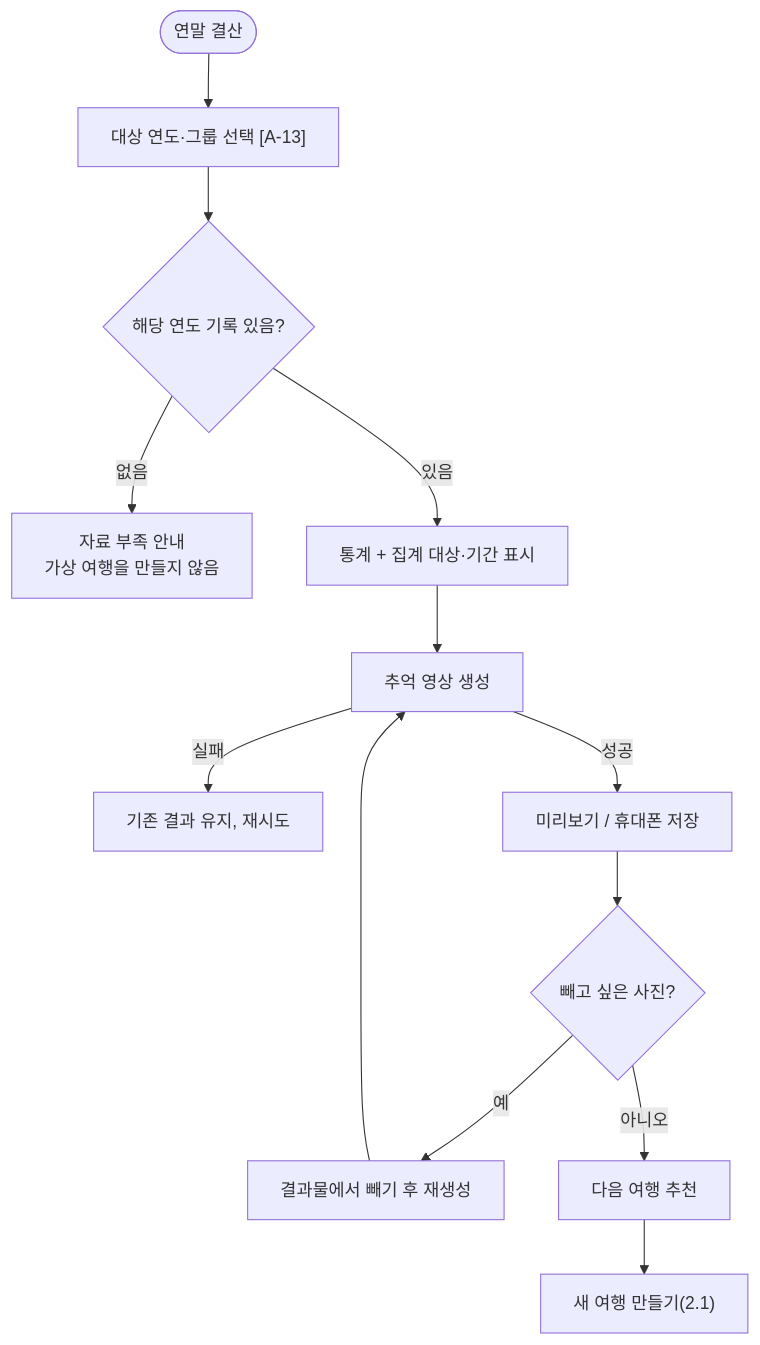
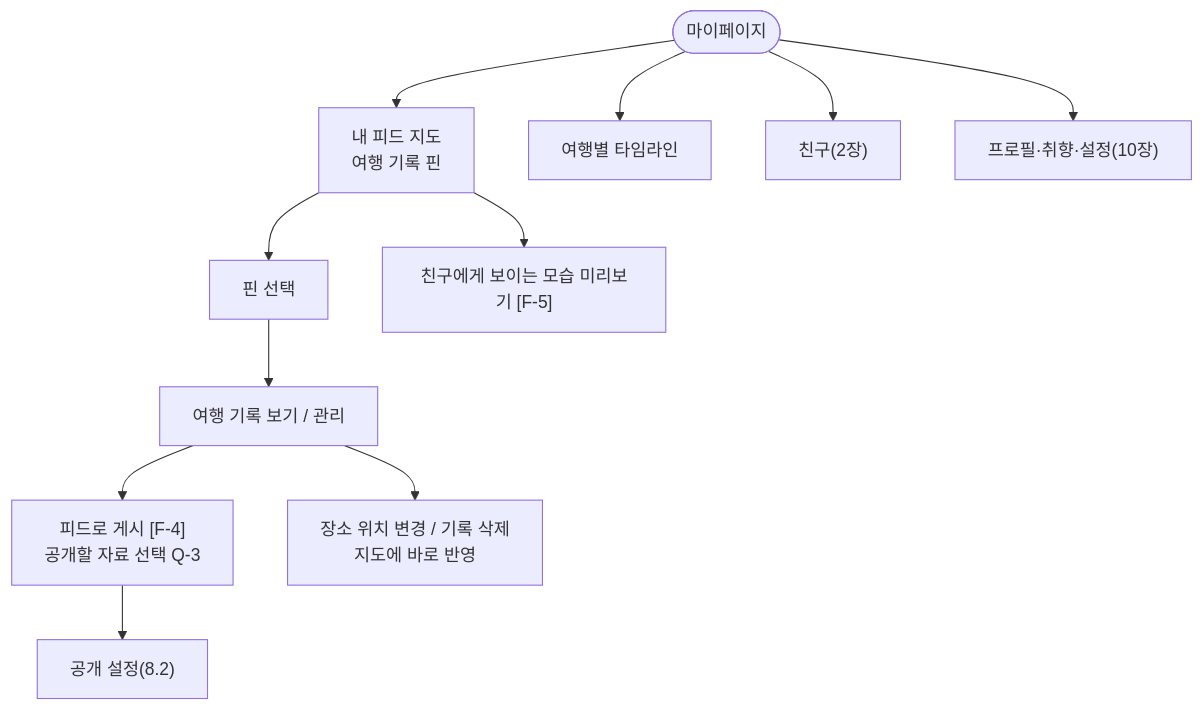
One commit to a204-eodilog/eodilog changed diagram 20 of 24 in docs/flow/user-flow.md. Above: the diagram before and after it, drawn with Mermaid. The commit also changed other lines of this file, not shown here.

````diff
--- a/docs/flow/user-flow.md
+++ b/docs/flow/user-flow.md
@@ -260,14 +425,12 @@
 ```mermaid
 flowchart TD
-    Y(["연말 결산"]) --> SEL["대상 연도·그룹 선택 [A-13]"]
-    SEL --> DATA{"해당 연도 기록 있음?"}
-    DATA -- "없음" --> EMPTY["자료 부족 안내<br/>가상 여행을 만들지 않음"]
-    DATA -- "있음" --> SUM["통계 + 집계 대상·기간 표시"]
-    SUM --> VID["추억 영상 생성"]
-    VID -- "실패" --> KEEP["기존 결과 유지, 재시도"]
-    VID -- "성공" --> PV["미리보기 / 휴대폰 저장"]
-    PV --> EXC{"빼고 싶은 사진?"}
-    EXC -- "예" --> OUT["결과물에서 빼기 후 재생성"] --> VID
-    EXC -- "아니오" --> NEXT["다음 여행 추천"]
-    NEXT --> NT["새 여행 만들기(2.1)"]
+    MY(["마이페이지"]) --> MAP["내 피드 지도<br/>여행 기록 핀"]
+    MY --> TL["여행별 타임라인"]
+    MY --> FR["친구(2장)"]
+    MY --> PRF["프로필·취향·설정(10장)"]
+    MAP --> PIN["핀 선택"] --> REC["여행 기록 보기 / 관리"]
+    REC --> POST["피드로 게시 [F-4]<br/>공개할 자료 선택 Q-3"]
+    POST --> SHARE["공개 설정(8.2)"]
+    REC --> EDIT["장소 위치 변경 / 기록 삭제<br/>지도에 바로 반영"]
+    MAP --> PREV["친구에게 보이는 모습 미리보기 [F-5]"]
 ```
````
